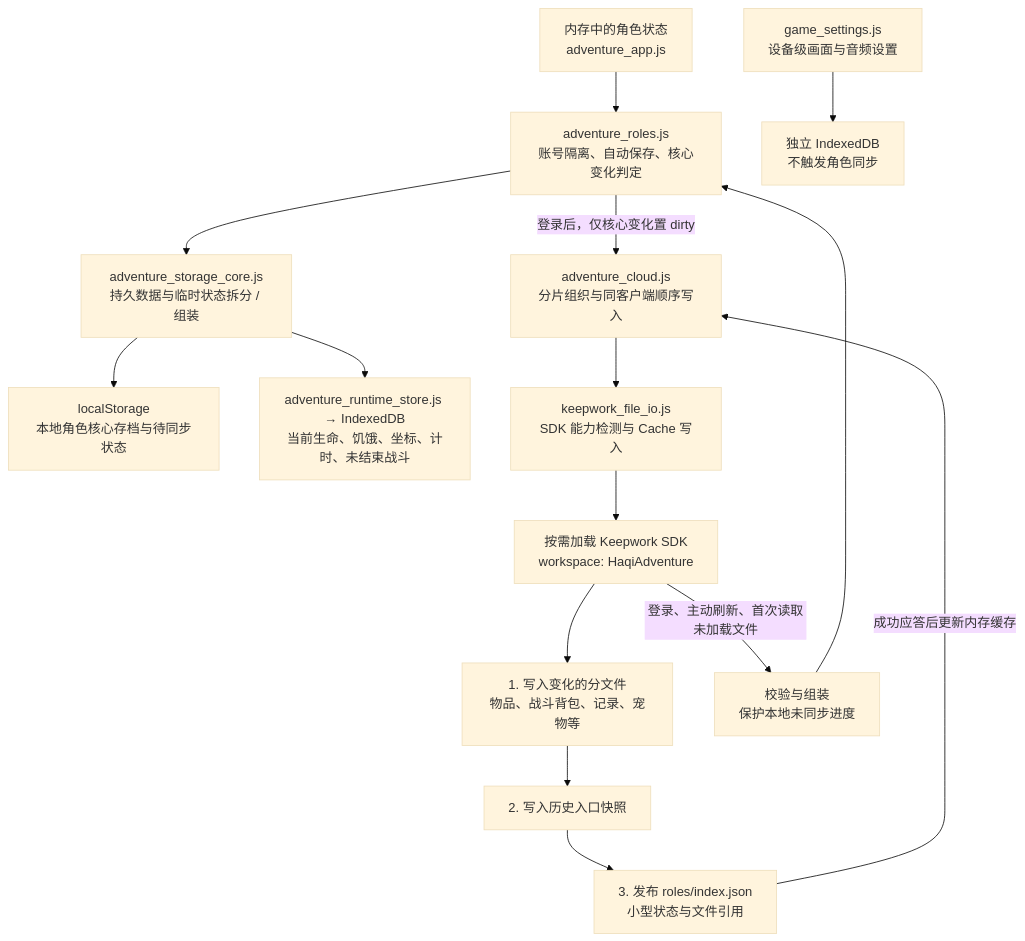
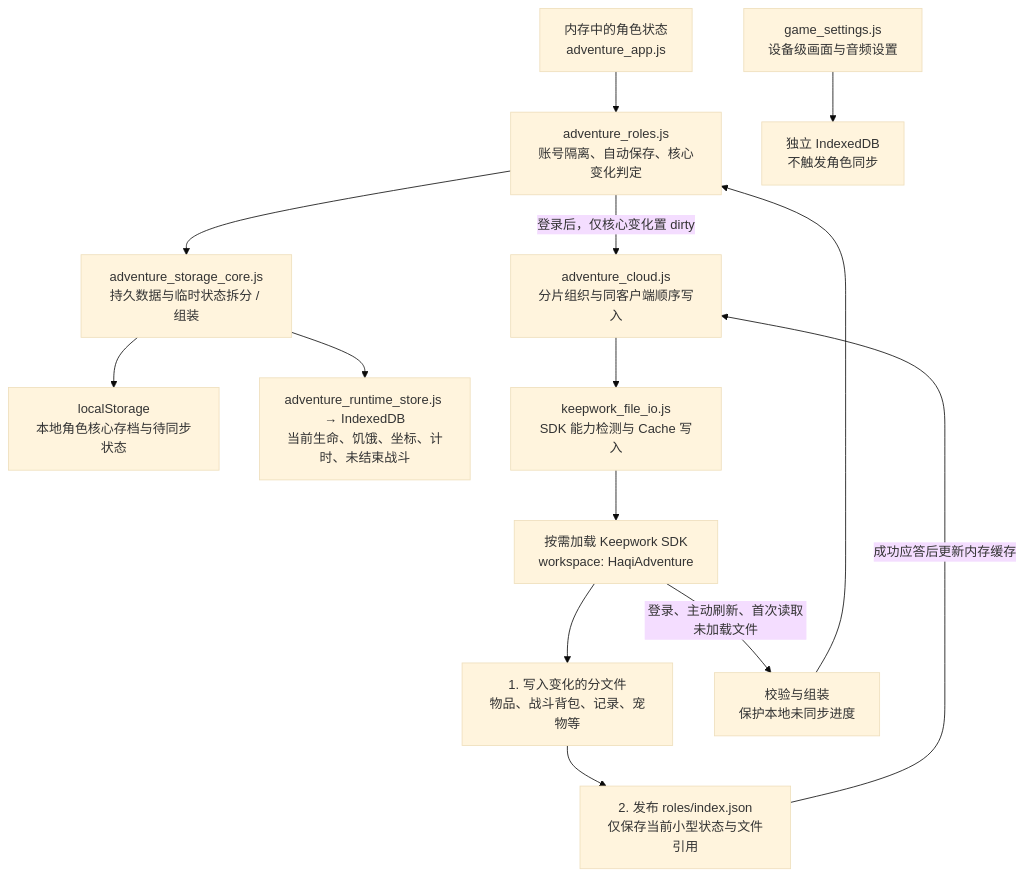
The eighth of 12 diagrams in HaqiCombatSim/docs/architecture.md (LiXizhi/HaqiWebTools), drawn with Mermaid (base theme) before and after one commit. The commit also changed other lines of this file and 218 other files, not shown here.

````diff
--- a/HaqiCombatSim/docs/architecture.md
+++ b/HaqiCombatSim/docs/architecture.md
@@ -203,17 +235,16 @@
 ```mermaid
 flowchart TB
     State["内存中的角色状态<br/>adventure_app.js"] --> Roles["adventure_roles.js<br/>账号隔离、自动保存、核心变化判定"]
     Roles --> Split["adventure_storage_core.js<br/>持久数据与临时状态拆分 / 组装"]
     Split --> Local["localStorage<br/>本地角色核心存档与待同步状态"]
     Split --> Runtime["adventure_runtime_store.js → IndexedDB<br/>当前生命、饥饿、坐标、计时、未结束战斗"]
     Settings["game_settings.js<br/>设备级画面与音频设置"] --> SettingsDB["独立 IndexedDB<br/>不触发角色同步"]
     Roles -->|登录后，仅核心变化置 dirty| Cloud["adventure_cloud.js<br/>分片组织与同客户端顺序写入"]
     Cloud --> FileIO["keepwork_file_io.js<br/>SDK 能力检测与 Cache 写入"]
     FileIO --> SDK["按需加载 Keepwork SDK<br/>workspace: HaqiAdventure"]
     SDK --> Parts["1. 写入变化的分文件<br/>物品、战斗背包、记录、宠物等"]
-    Parts --> History["2. 写入历史入口快照"]
-    History --> Index["3. 发布 roles/index.json<br/>小型状态与文件引用"]
+    Parts --> Index["2. 发布 roles/index.json<br/>仅保存当前小型状态与文件引用"]
     Index -->|成功应答后更新内存缓存| Cloud
     SDK -->|登录、主动刷新、首次读取未加载文件| Read["校验与组装<br/>保护本地未同步进度"]
     Read --> Roles
 ```
````
